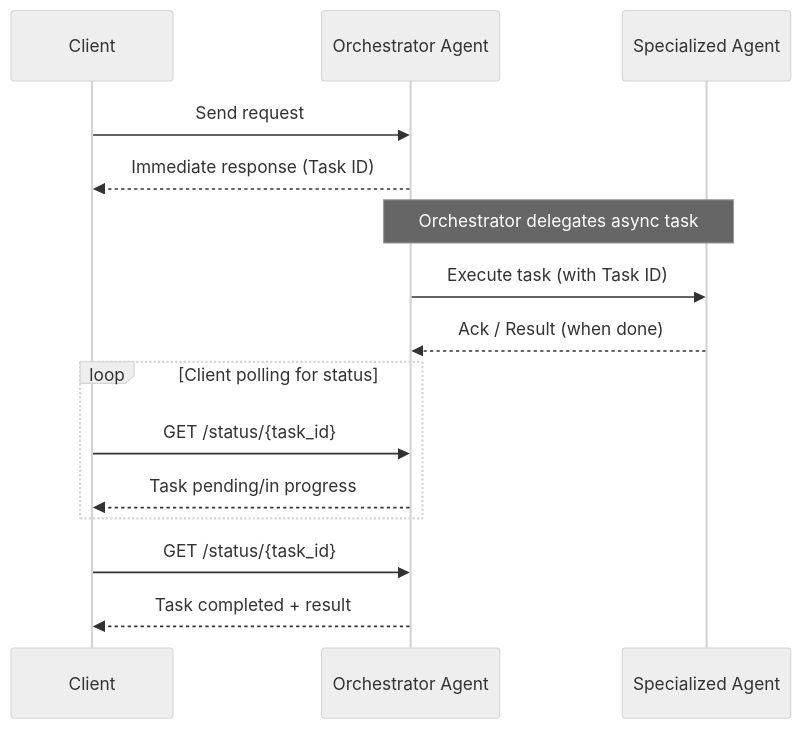
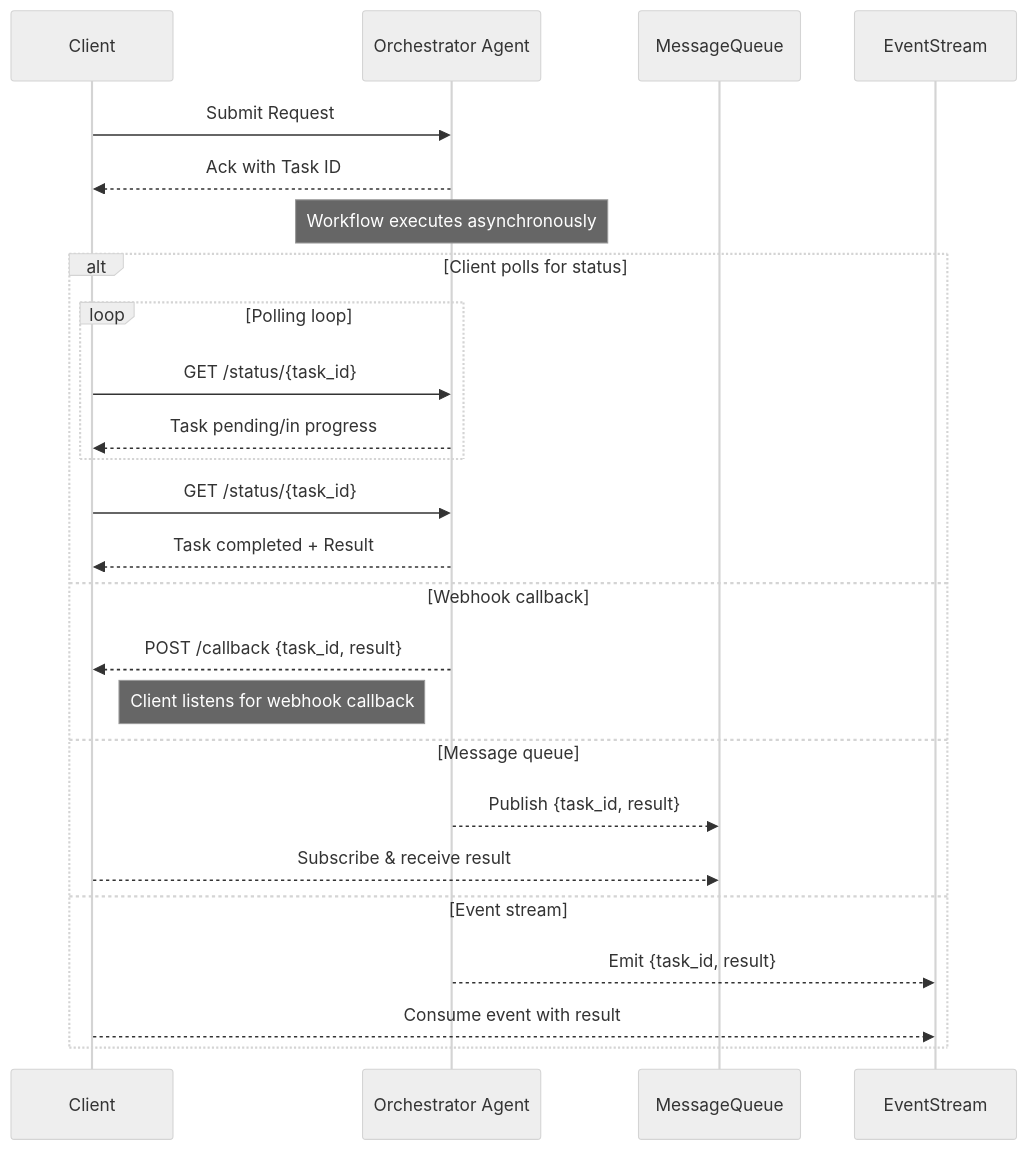
The second of 2 diagrams in docs/agents-communication/Request-Driven.md (microsoft/multi-agent-reference-architecture), drawn with Mermaid (neutral theme) before and after one commit. The commit also changed other lines of this file, not shown here.

Commit message:
docs: diagrams updated and references added

````diff
--- a/docs/agents-communication/Request-Driven.md
+++ b/docs/agents-communication/Request-Driven.md
@@ -75,23 +73,29 @@
 ```mermaid
 
 sequenceDiagram
     participant Client
     participant Orchestrator Agent
-    participant Specialized Agent
 
-    Client->>Orchestrator Agent: Send request
-    Orchestrator Agent-->>Client: Immediate response (Task ID)
+    Client->>Orchestrator Agent: Submit Request
+    Orchestrator Agent-->>Client: Ack with Task ID
 
-    Note over Orchestrator Agent, Specialized Agent: Orchestrator delegates async task
+    Note over Orchestrator Agent: Workflow executes asynchronously
 
-    Orchestrator Agent->>Specialized Agent: Execute task (with Task ID)
-    Specialized Agent-->>Orchestrator Agent: Ack / Result (when done)
-
-    loop Client polling for status
+    alt Client polls for status
+        loop Polling loop
+            Client->>Orchestrator Agent: GET /status/{task_id}
+            Orchestrator Agent-->>Client: Task pending/in progress
+        end
         Client->>Orchestrator Agent: GET /status/{task_id}
-        Orchestrator Agent-->>Client: Task pending/in progress
+        Orchestrator Agent-->>Client: Task completed + Result
+    else Webhook callback
+        Orchestrator Agent-->>Client: POST /callback {task_id, result}
+        Note right of Client: Client listens for webhook callback
+    else Message queue
+        Orchestrator Agent-->>MessageQueue: Publish {task_id, result}
+        Client-->>MessageQueue: Subscribe & receive result
+    else Event stream
+        Orchestrator Agent-->>EventStream: Emit {task_id, result}
+        Client-->>EventStream: Consume event with result
     end
-
-    Client->>Orchestrator Agent: GET /status/{task_id}
-    Orchestrator Agent-->>Client: Task completed + result
 ```
````
